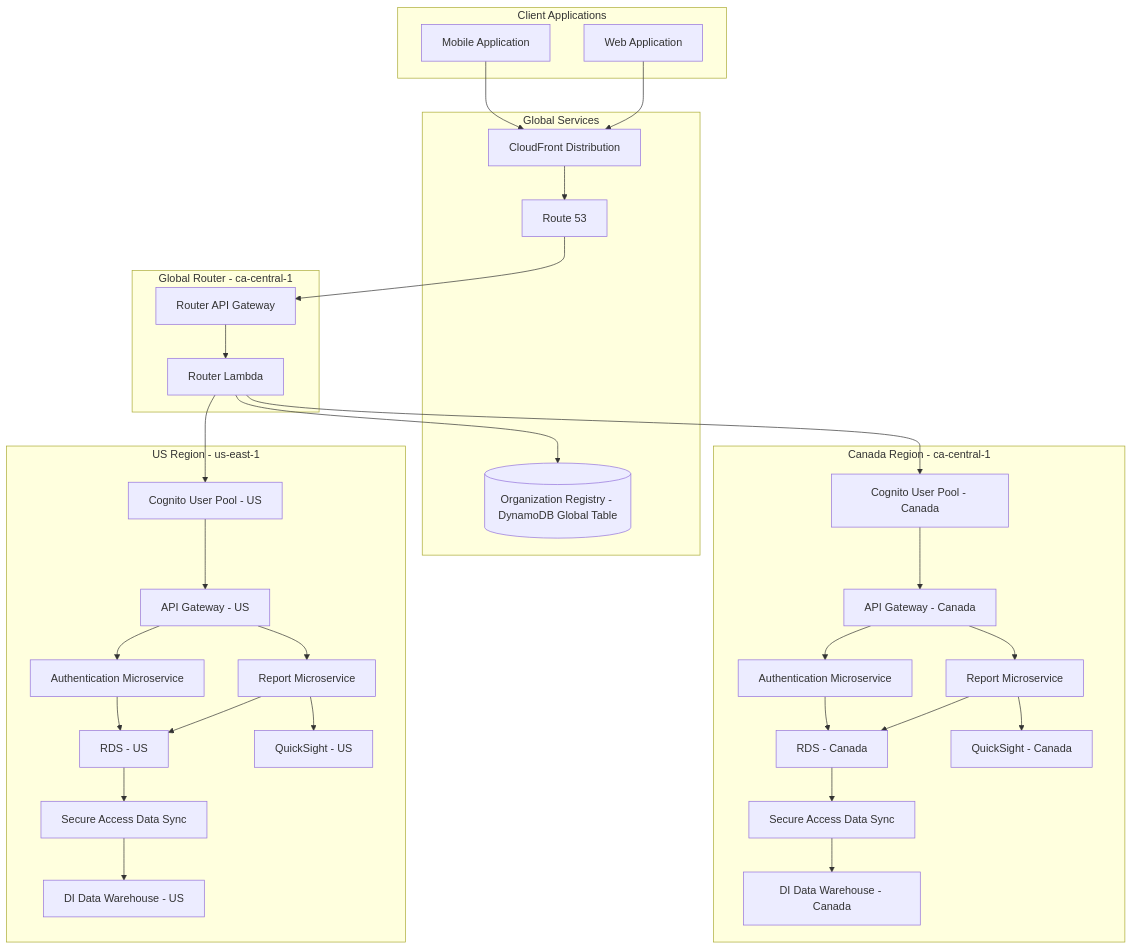
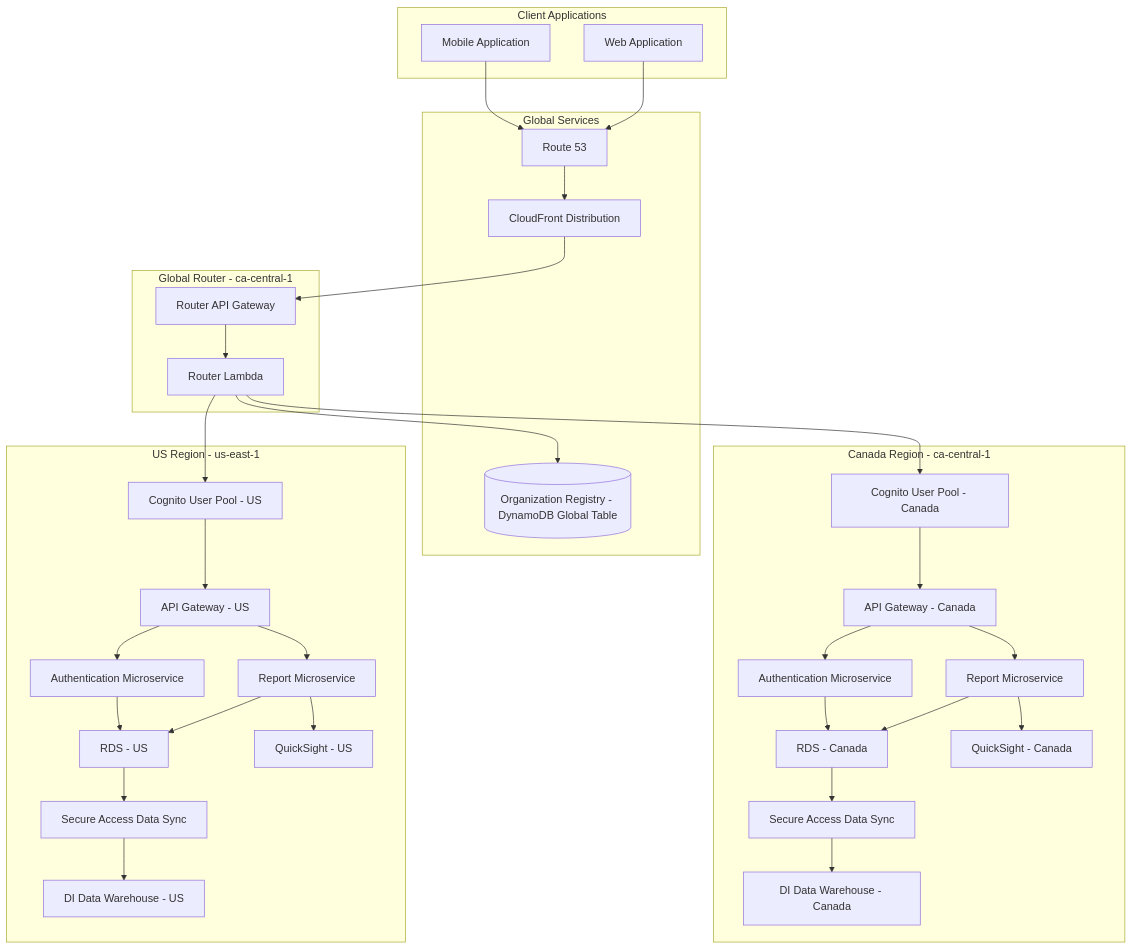
One commit to hugger-beep/private1 changed the second of 3 diagrams in Detailed.md. Above: the diagram before and after it, drawn with Mermaid. The commit also changed other lines of this file, not shown here.

````diff
--- a/Detailed.md
+++ b/Detailed.md
@@ -72,70 +72,70 @@
 ```mermaid
 graph TD
     subgraph "Global Services"
         Route53[Route 53]
         GlobalDDB[(Organization Registry - DynamoDB Global Table)]
         CloudFront[CloudFront Distribution]
     end
     
     subgraph "Client Applications"
         MobileApp[Mobile Application]
         WebApp[Web Application]
     end
     
     subgraph "Global Router - ca-central-1"
         RouterAPI[Router API Gateway]
         RouterLambda[Router Lambda]
     end
     
     subgraph "Canada Region - ca-central-1"
         CAUserPool[Cognito User Pool - Canada]
         CAAPI[API Gateway - Canada]
         CAAuth[Authentication Microservice]
         CAReport[Report Microservice]
         CARDS[RDS - Canada]
         CADW[DI Data Warehouse - Canada]
         CASecureSync[Secure Access Data Sync]
         CAQS[QuickSight - Canada]
     end
     
     subgraph "US Region - us-east-1"
         USUserPool[Cognito User Pool - US]
         USAPI[API Gateway - US]
         USAuth[Authentication Microservice]
         USReport[Report Microservice]
         USRDS[RDS - US]
         USDW[DI Data Warehouse - US]
         USSecureSync[Secure Access Data Sync]
         USQS[QuickSight - US]
     end
     
-    MobileApp --> CloudFront
-    WebApp --> CloudFront
-    CloudFront --> Route53
-    Route53 --> RouterAPI
+    MobileApp --> Route53
+    WebApp --> Route53
+    Route53 --> CloudFront
+    CloudFront --> RouterAPI
     
     RouterAPI --> RouterLambda
     RouterLambda --> GlobalDDB
     
     RouterLambda --> CAUserPool
     RouterLambda --> USUserPool
     
     CAUserPool --> CAAPI
     USUserPool --> USAPI
     
     CAAPI --> CAAuth
     CAAPI --> CAReport
     CAAuth --> CARDS
     CAReport --> CAQS
     CAReport --> CARDS
     CARDS --> CASecureSync
     CASecureSync --> CADW
     
     USAPI --> USAuth
     USAPI --> USReport
     USAuth --> USRDS
     USReport --> USQS
     USReport --> USRDS
     USRDS --> USSecureSync
     USSecureSync --> USDW
 ```
````
